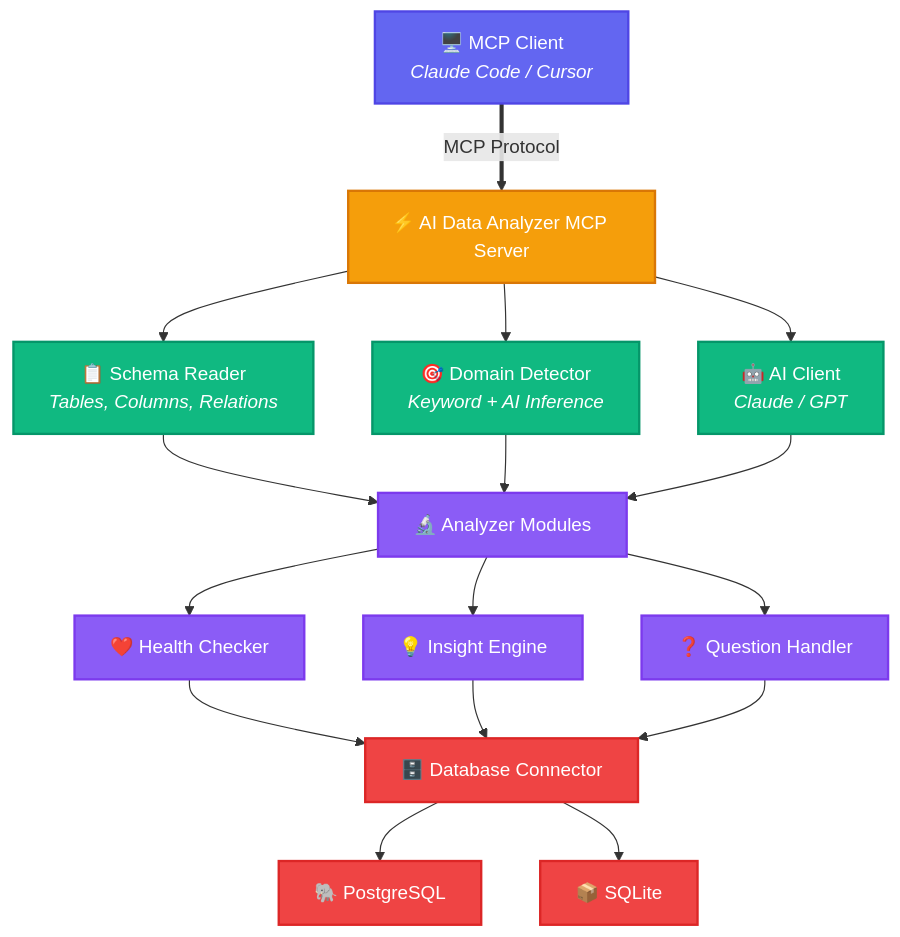
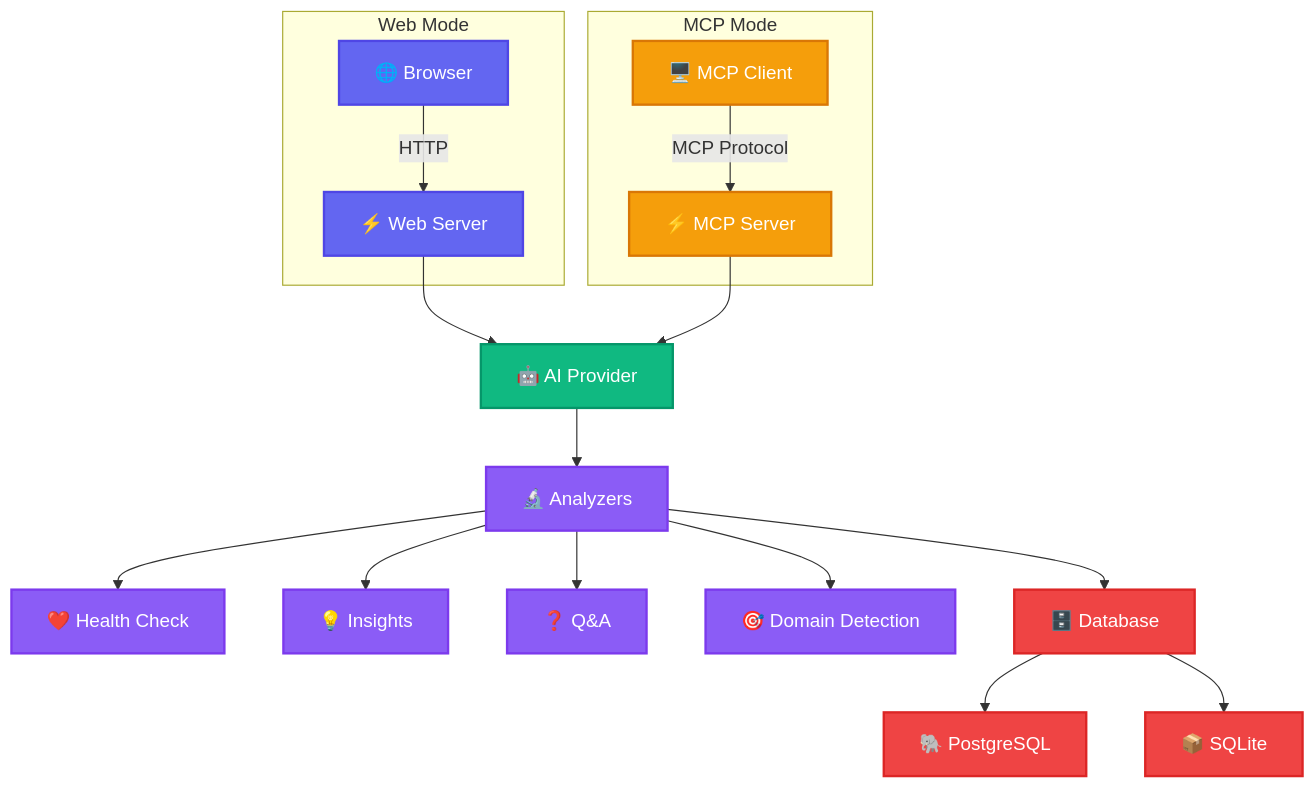
The diagram in README.md (Nemophilistc/ai-data-analyzer-mcp), drawn with Mermaid before and after one commit. The commit also changed other lines of this file and 7 other files, not shown here.

````diff
--- a/README.md
+++ b/README.md
@@ -144,43 +120,31 @@
 ```mermaid
 graph TB
-    Client["🖥️ MCP Client<br/><i>Claude Code / Cursor</i>"]
-    Server["⚡ AI Data Analyzer MCP Server"]
-    Schema["📋 Schema Reader<br/><i>Tables, Columns, Relations</i>"]
-    Domain["🎯 Domain Detector<br/><i>Keyword + AI Inference</i>"]
-    AI["🤖 AI Client<br/><i>Claude / GPT</i>"]
-    Analyzers["🔬 Analyzer Modules"]
-    Health["❤️ Health Checker"]
-    Insight["💡 Insight Engine"]
-    Question["❓ Question Handler"]
-    DB["🗄️ Database Connector"]
-    PG["🐘 PostgreSQL"]
-    SQLite["📦 SQLite"]
+    subgraph "Web Mode"
+        Browser["🌐 Browser"] -->|"HTTP"| WebServer["⚡ Web Server"]
+    end
+    subgraph "MCP Mode"
+        MCPClient["🖥️ MCP Client"] -->|"MCP Protocol"| MCPServer["⚡ MCP Server"]
+    end
+    WebServer --> AI["🤖 AI Provider"]
+    MCPServer --> AI
+    AI --> Analyzers["🔬 Analyzers"]
+    Analyzers --> Health["❤️ Health Check"]
+    Analyzers --> Insight["💡 Insights"]
+    Analyzers --> Question["❓ Q&A"]
+    Analyzers --> Domain["🎯 Domain Detection"]
+    Analyzers --> DB["🗄️ Database"]
+    DB --> PG["🐘 PostgreSQL"]
+    DB --> SQLite["📦 SQLite"]
 
-    Client ==>|"MCP Protocol"| Server
-    Server --> Schema
-    Server --> Domain
-    Server --> AI
-    Schema --> Analyzers
-    Domain --> Analyzers
-    AI --> Analyzers
-    Analyzers --> Health
-    Analyzers --> Insight
-    Analyzers --> Question
-    Health --> DB
-    Insight --> DB
-    Question --> DB
-    DB --> PG
-    DB --> SQLite
-
-    classDef client fill:#6366f1,stroke:#4f46e5,color:white,stroke-width:2px
-    classDef server fill:#f59e0b,stroke:#d97706,color:white,stroke-width:2px
-    classDef component fill:#10b981,stroke:#059669,color:white,stroke-width:2px
+    classDef web fill:#6366f1,stroke:#4f46e5,color:white,stroke-width:2px
+    classDef mcp fill:#f59e0b,stroke:#d97706,color:white,stroke-width:2px
+    classDef ai fill:#10b981,stroke:#059669,color:white,stroke-width:2px
     classDef analyzer fill:#8b5cf6,stroke:#7c3aed,color:white,stroke-width:2px
     classDef db fill:#ef4444,stroke:#dc2626,color:white,stroke-width:2px
 
-    class Client client
-    class Server server
-    class Schema,Domain,AI component
-    class Analyzers,Health,Insight,Question analyzer
+    class Browser,WebServer web
+    class MCPClient,MCPServer mcp
+    class AI ai
+    class Analyzers,Health,Insight,Question,Domain analyzer
     class DB,PG,SQLite db
 ```
````
